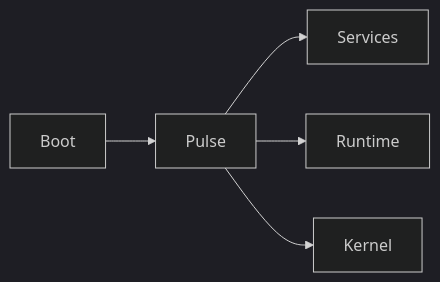
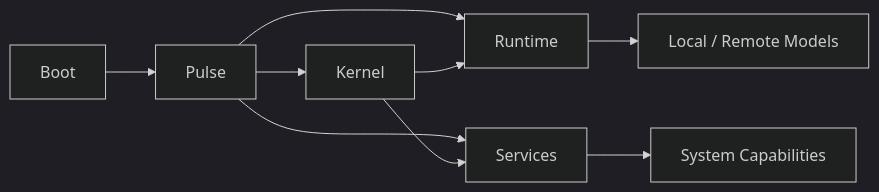
The first of 2 diagrams in README.md (PauWol/ARC-V2), drawn with Mermaid (dark theme) before and after one commit. The commit also changed other lines of this file, not shown here.

````diff
--- a/README.md
+++ b/README.md
@@ -55,7 +33,13 @@
 ```mermaid
 flowchart LR
-    Boot --> Pulse
-    Pulse --> Services
-    Pulse --> Runtime
-    Pulse --> Kernel
+    A[Boot] --> B[Pulse]
+    B --> C[Kernel]
+    B --> D[Runtime]
+    B --> E[Services]
+
+    C --> D
+    C --> E
+
+    D --> F[Local / Remote Models]
+    E --> G[System Capabilities]
 ```
````
